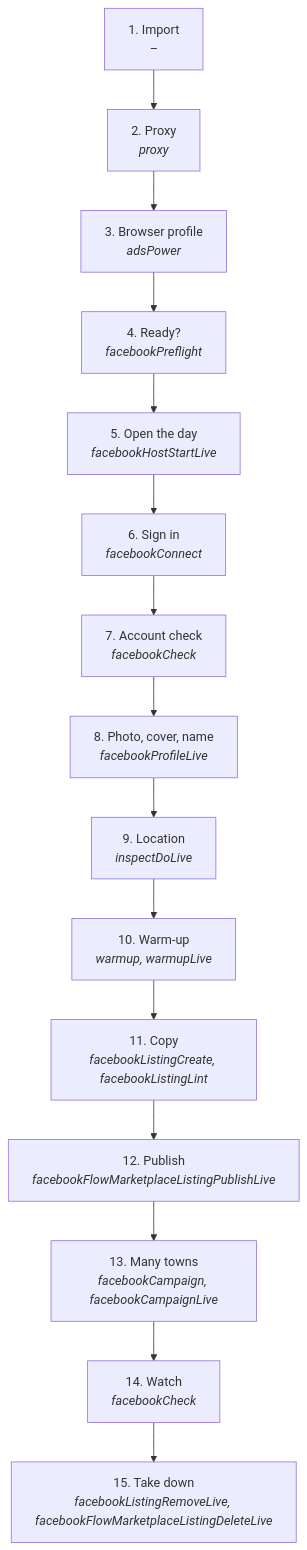
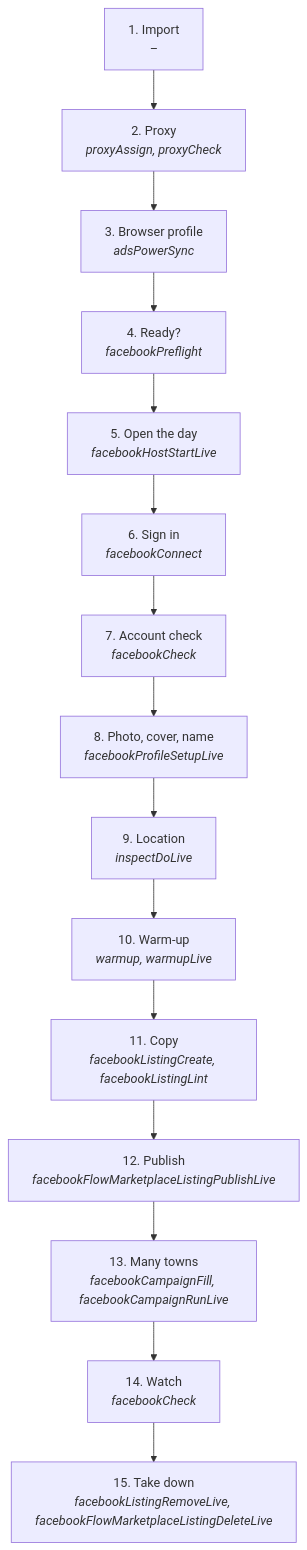
One commit to matthewdonsemail-lab/log changed the second of 3 diagrams in docs/useCases/facebook/marketplaceListings.md. Above: the diagram before and after it, drawn with Mermaid. The commit also changed other lines of this file and 121 other files, not shown here.

````diff
--- a/docs/useCases/facebook/marketplaceListings.md
+++ b/docs/useCases/facebook/marketplaceListings.md
@@ -37,32 +37,32 @@
 ```mermaid
 flowchart TD
   s0["1. Import<br/><i>–</i>"]
-  s1["2. Proxy<br/><i>proxy</i>"]
-  s2["3. Browser profile<br/><i>adsPower</i>"]
+  s1["2. Proxy<br/><i>proxyAssign, proxyCheck</i>"]
+  s2["3. Browser profile<br/><i>adsPowerSync</i>"]
   s3["4. Ready?<br/><i>facebookPreflight</i>"]
   s4["5. Open the day<br/><i>facebookHostStartLive</i>"]
   s5["6. Sign in<br/><i>facebookConnect</i>"]
   s6["7. Account check<br/><i>facebookCheck</i>"]
-  s7["8. Photo, cover, name<br/><i>facebookProfileLive</i>"]
+  s7["8. Photo, cover, name<br/><i>facebookProfileSetupLive</i>"]
   s8["9. Location<br/><i>inspectDoLive</i>"]
   s9["10. Warm-up<br/><i>warmup, warmupLive</i>"]
   s10["11. Copy<br/><i>facebookListingCreate, facebookListingLint</i>"]
   s11["12. Publish<br/><i>facebookFlowMarketplaceListingPublishLive</i>"]
-  s12["13. Many towns<br/><i>facebookCampaign, facebookCampaignLive</i>"]
+  s12["13. Many towns<br/><i>facebookCampaignFill, facebookCampaignRunLive</i>"]
   s13["14. Watch<br/><i>facebookCheck</i>"]
   s14["15. Take down<br/><i>facebookListingRemoveLive, facebookFlowMarketplaceListingDeleteLive</i>"]
   s0 --> s1
   s1 --> s2
   s2 --> s3
   s3 --> s4
   s4 --> s5
   s5 --> s6
   s6 --> s7
   s7 --> s8
   s8 --> s9
   s9 --> s10
   s10 --> s11
   s11 --> s12
   s12 --> s13
   s13 --> s14
 ```
````
